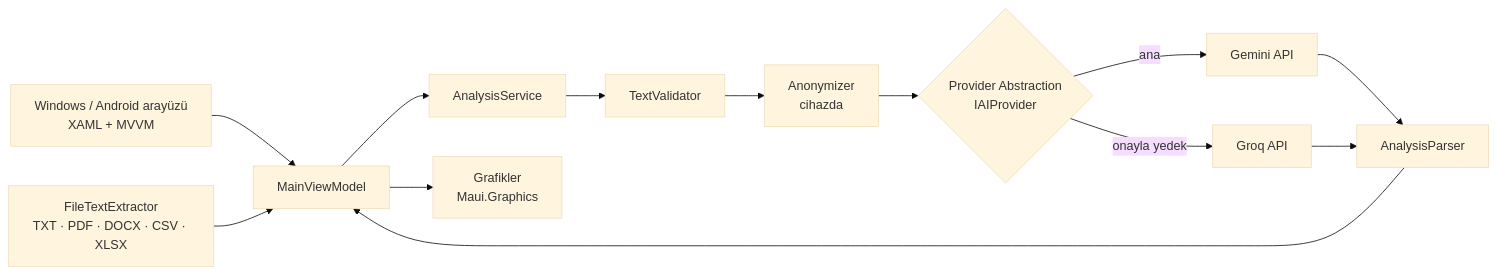
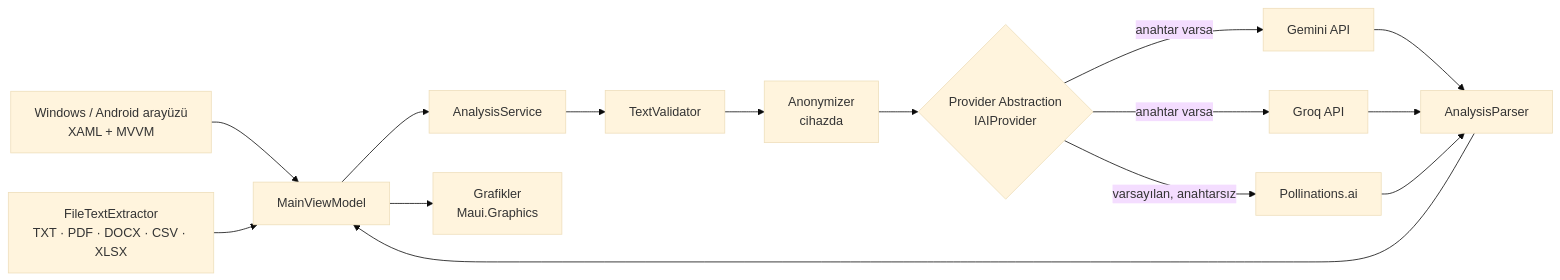
The diagram in README.md (furkantr1923/sentiment-ai), drawn with Mermaid (base theme) before and after one commit. The commit also changed other lines of this file and 4 other files, not shown here.

First line of the commit message:
Belgeler: anahtarsız varsayılan sağlayıcı ve güncel test sonuçları

````diff
--- a/README.md
+++ b/README.md
@@ -47,11 +47,12 @@
 ```mermaid
 flowchart LR
     UI[Windows / Android arayüzü<br/>XAML + MVVM] --> VM[MainViewModel]
     VM --> AS[AnalysisService]
     AS --> V[TextValidator] --> AN[Anonymizer<br/>cihazda] --> P{Provider Abstraction<br/>IAIProvider}
-    P -->|ana| G[Gemini API]
-    P -->|onayla yedek| Q[Groq API]
-    G & Q --> PR[AnalysisParser] --> VM
+    P -->|anahtar varsa| G[Gemini API]
+    P -->|anahtar varsa| Q[Groq API]
+    P -->|varsayılan, anahtarsız| PO[Pollinations.ai]
+    G & Q & PO --> PR[AnalysisParser] --> VM
     VM --> CH[Grafikler<br/>Maui.Graphics]
     F[FileTextExtractor<br/>TXT · PDF · DOCX · CSV · XLSX] --> VM
 ```
````
